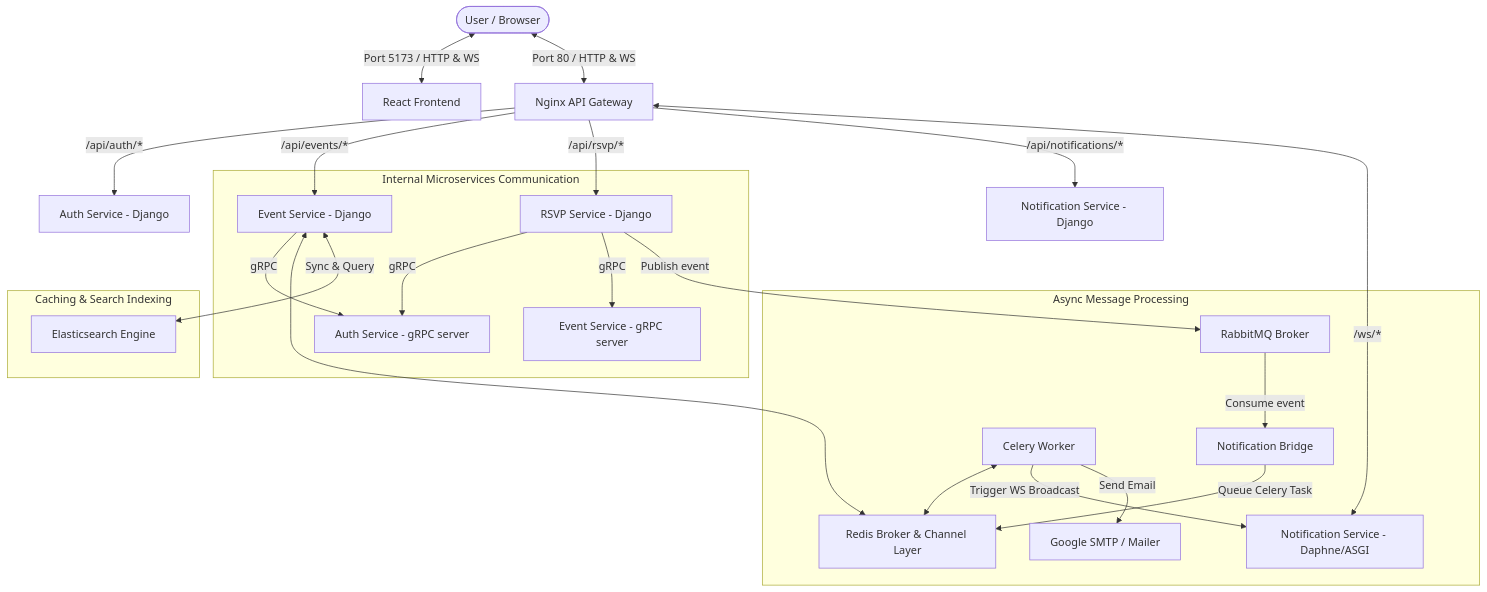
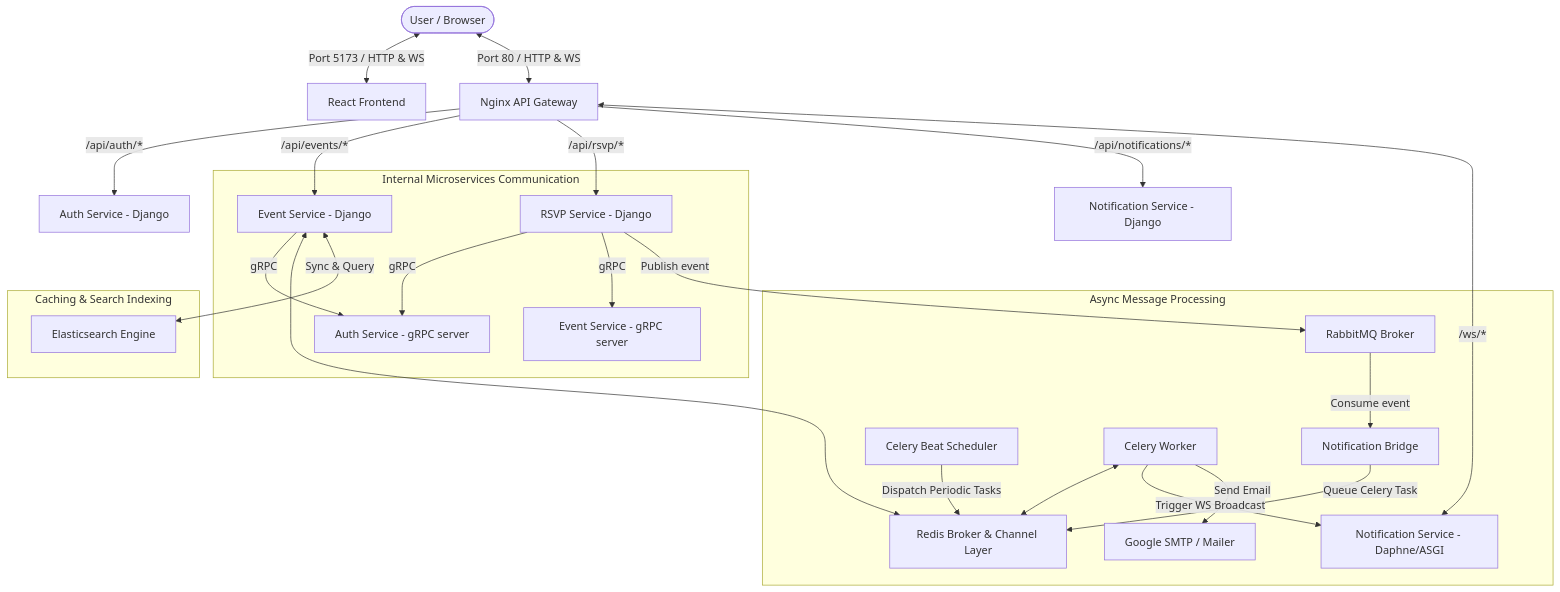
One commit to shaad4/metup-microservice changed the diagram in README.md. Above: the diagram before and after it, drawn with Mermaid. The commit also changed other lines of this file, not shown here.

Commit message:
docs(readme) : document Celery Beat integration and update system architecture

````diff
--- a/README.md
+++ b/README.md
@@ -19,31 +19,32 @@
 ```mermaid
 graph TD
     User([User / Browser]) <-->|Port 5173 / HTTP & WS| Frontend[React Frontend]
     User <-->|Port 80 / HTTP & WS| Nginx[Nginx API Gateway]
 
     Nginx -->|/api/auth/*| AuthDjango[Auth Service - Django]
     Nginx -->|/api/events/*| EventDjango[Event Service - Django]
     Nginx -->|/api/rsvp/*| RSVPService[RSVP Service - Django]
     Nginx -->|/api/notifications/*| NotifDjango[Notification Service - Django]
     Nginx <-->|/ws/*| NotifASGI[Notification Service - Daphne/ASGI]
 
     subgraph Internal Microservices Communication
         EventDjango -->|gRPC| AuthGRPC[Auth Service - gRPC server]
         RSVPService -->|gRPC| AuthGRPC
         RSVPService -->|gRPC| EventGRPC[Event Service - gRPC server]
     end
 
     subgraph Async Message Processing
         RSVPService -->|Publish event| RabbitMQ[RabbitMQ Broker]
         RabbitMQ -->|Consume event| NotifBridge[Notification Bridge]
         NotifBridge -->|Queue Celery Task| Redis[Redis Broker & Channel Layer]
+        NotifBeat[Celery Beat Scheduler] -->|Dispatch Periodic Tasks| Redis
         NotifCelery[Celery Worker] <--> Redis
         NotifCelery -->|Trigger WS Broadcast| NotifASGI
         NotifCelery -->|Send Email| Gmail[Google SMTP / Mailer]
     end
 
     subgraph Caching & Search Indexing
         EventDjango <--> Redis
         EventDjango <-->|Sync & Query| ES[Elasticsearch Engine]
     end
 ```
````
